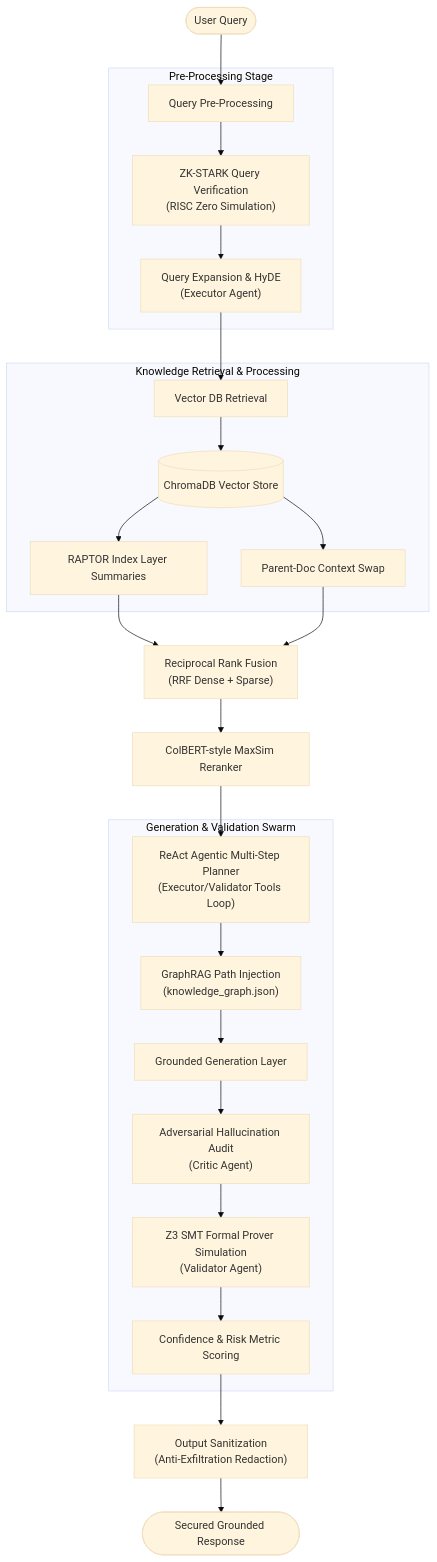
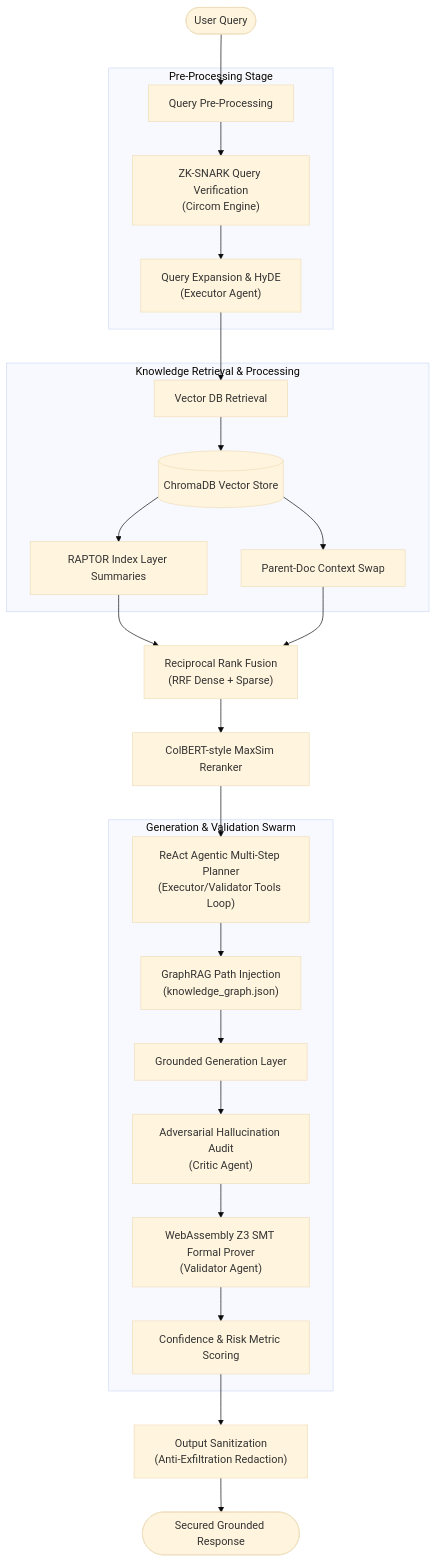
One commit to arnab9957/RAG-ISRO changed the diagram in README.md. Above: the diagram before and after it, drawn with Mermaid (base theme). The commit also changed other lines of this file and 8 other files, not shown here.

Commit message:
feat: implement RAG multi-agent pipeline with ChatOps webhook, ZK-SNARK verification, and formal SMT constraint solving.

````diff
--- a/README.md
+++ b/README.md
@@ -29,35 +29,35 @@
 ```mermaid
 graph TD
     User([User Query]) --> PreProcess[Query Pre-Processing]
     
     subgraph Pre-Processing Stage
-        PreProcess --> ZK["ZK-STARK Query Verification<br/>(RISC Zero Simulation)"]
+        PreProcess --> ZK["ZK-SNARK Query Verification<br/>(Circom Engine)"]
         ZK --> Expand["Query Expansion & HyDE<br/>(Executor Agent)"]
     end
     
     Expand --> VectorQuery[Vector DB Retrieval]
     
     subgraph Knowledge Retrieval & Processing
         VectorQuery --> Chroma[(ChromaDB Vector Store)]
         Chroma --> RRAPTOR["RAPTOR Index Layer Summaries"]
         Chroma --> ParentDoc["Parent-Doc Context Swap"]
     end
     
     RRAPTOR --> Fusion["Reciprocal Rank Fusion<br/>(RRF Dense + Sparse)"]
     ParentDoc --> Fusion
     
     Fusion --> ColBERT["ColBERT-style MaxSim Reranker"]
     
     ColBERT --> ReActLoop["ReAct Agentic Multi-Step Planner<br/>(Executor/Validator Tools Loop)"]
     
     subgraph Generation & Validation Swarm
         ReActLoop --> GraphRAG["GraphRAG Path Injection<br/>(knowledge_graph.json)"]
         GraphRAG --> ExecutorGen["Grounded Generation Layer"]
         ExecutorGen --> CriticAudit["Adversarial Hallucination Audit<br/>(Critic Agent)"]
-        CriticAudit --> SMTVerify["Z3 SMT Formal Prover Simulation<br/>(Validator Agent)"]
+        CriticAudit --> SMTVerify["WebAssembly Z3 SMT Formal Prover<br/>(Validator Agent)"]
         SMTVerify --> ConfScore[Confidence & Risk Metric Scoring]
     end
     
     ConfScore --> OutSanitize["Output Sanitization<br/>(Anti-Exfiltration Redaction)"]
     OutSanitize --> FinalResponse([Secured Grounded Response])
 ```
````
